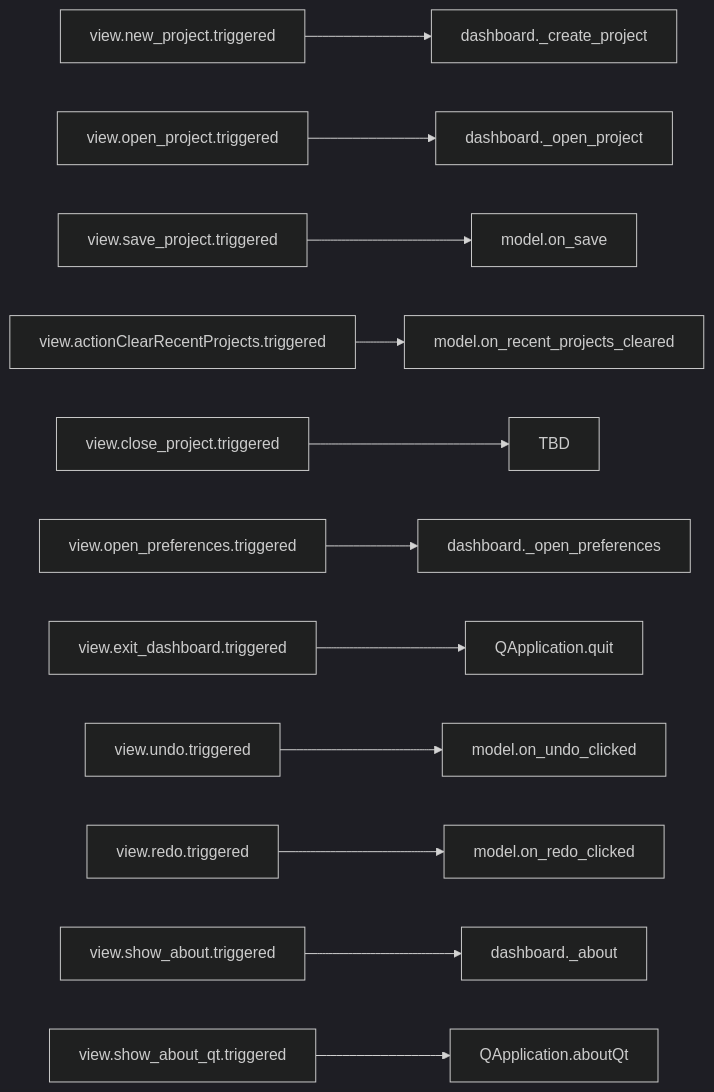
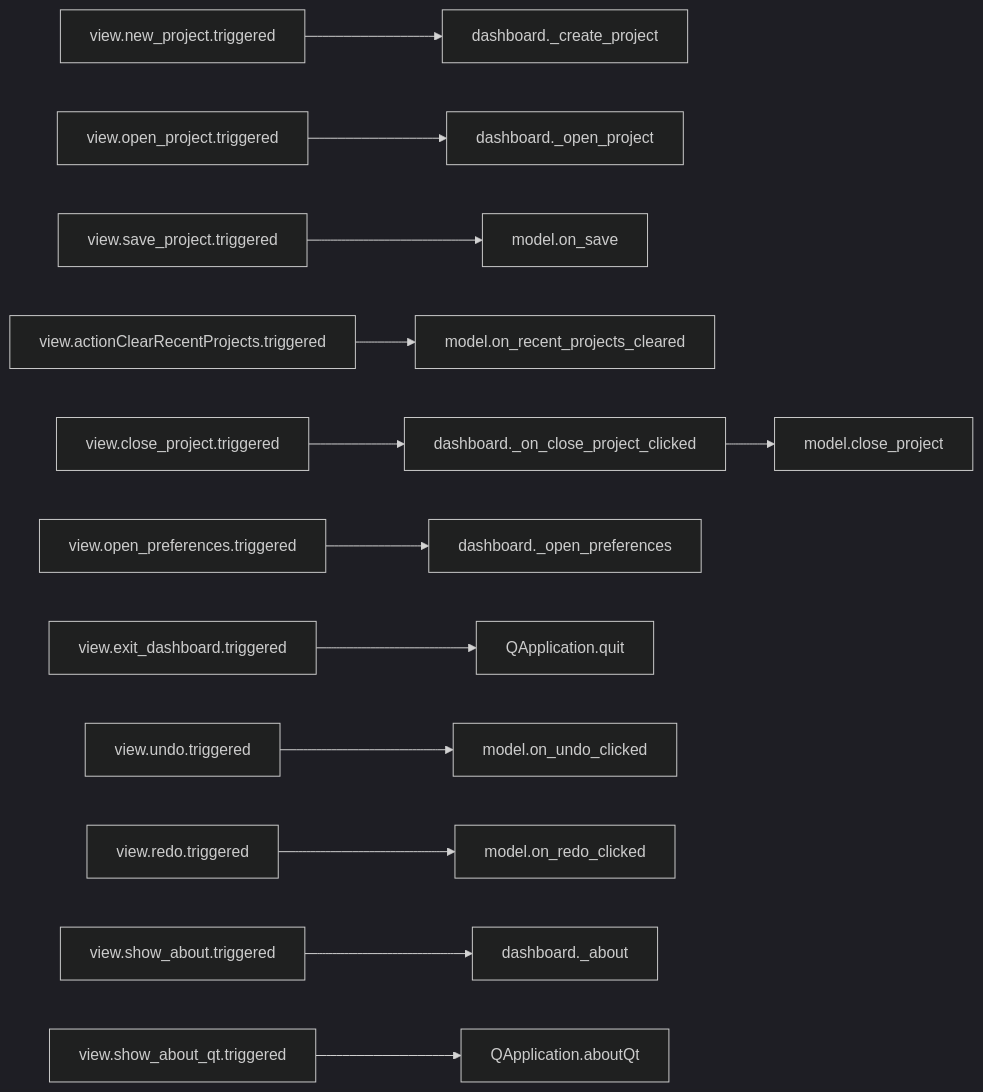
The second of 10 diagrams in doc/source/dashboard_signal_slot_map.rst (com-posers-pit/smw_music), drawn with Mermaid (dark theme) before and after one commit. The commit also changed 2 other files, not shown here.

Commit message:
Add close project functionality
Re #121

Now playing:
Célébrité by MODERNS

```diff
--- a/doc/source/dashboard_signal_slot_map.rst
+++ b/doc/source/dashboard_signal_slot_map.rst
@@ -40,14 +40,14 @@
 .. mermaid::
 
    flowchart LR
       view.new_project.triggered --> dashboard._create_project
       view.open_project.triggered --> dashboard._open_project
       view.save_project.triggered --> model.on_save
       view.actionClearRecentProjects.triggered --> model.on_recent_projects_cleared
-      view.close_project.triggered --> TBD
+      view.close_project.triggered --> dashboard._on_close_project_clicked --> model.close_project
       view.open_preferences.triggered --> dashboard._open_preferences
       view.exit_dashboard.triggered --> QApplication.quit
       view.undo.triggered --> model.on_undo_clicked
       view.redo.triggered --> model.on_redo_clicked
       view.show_about.triggered --> dashboard._about
       view.show_about_qt.triggered --> QApplication.aboutQt
```
